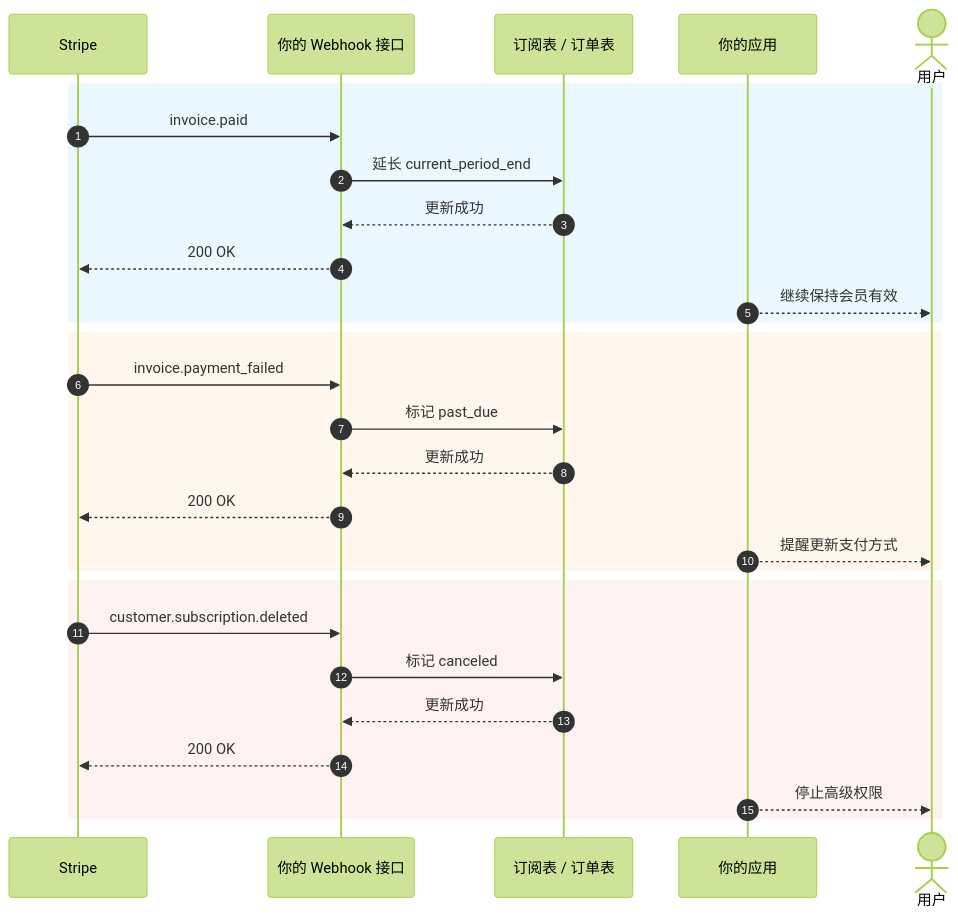
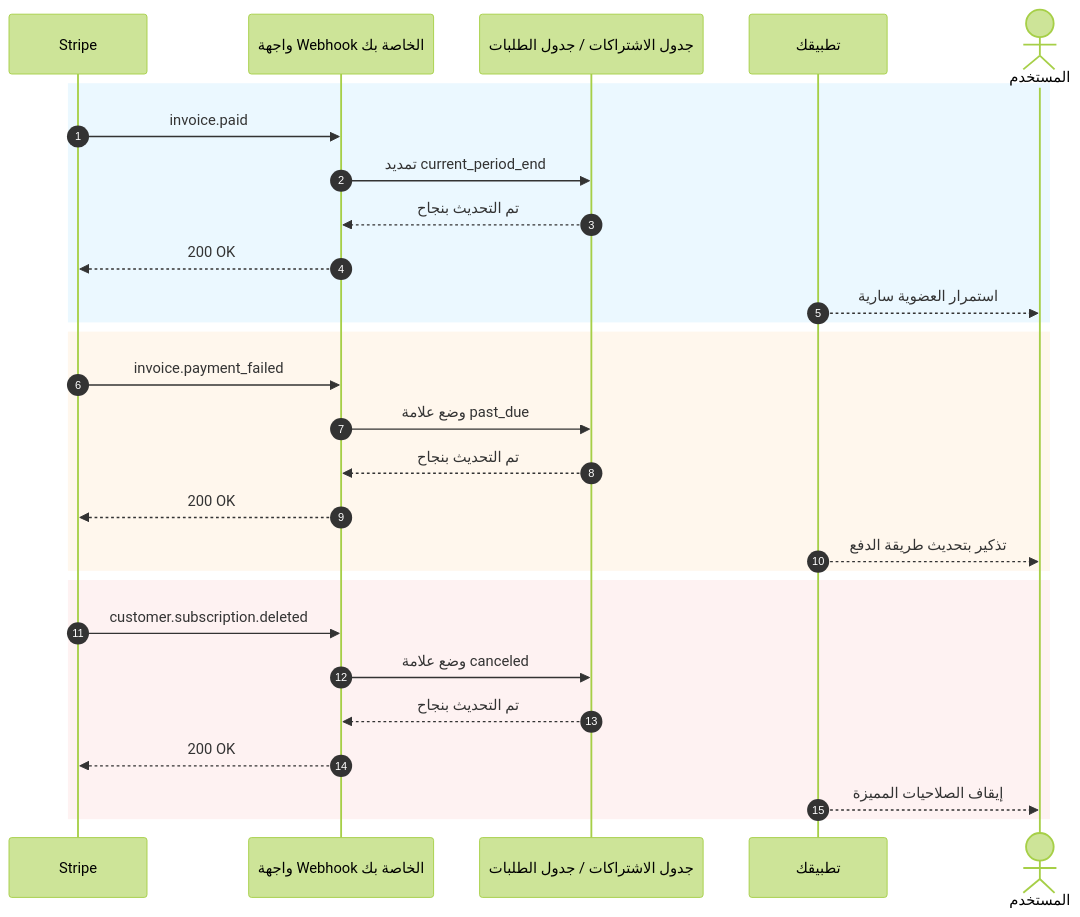
One commit to sketchymonk/easy-vibe changed the sixth of 6 diagrams in docs/ar-sa/stage-2/backend/stripe-payment/index.md. Above: the diagram before and after it, drawn with Mermaid (forest theme). The commit also changed other lines of this file and 59 other files, not shown here.

````diff
--- a/docs/ar-sa/stage-2/backend/stripe-payment/index.md
+++ b/docs/ar-sa/stage-2/backend/stripe-payment/index.md
@@ -692,33 +692,33 @@
 ```mermaid
 sequenceDiagram
   autonumber
   participant Stripe as Stripe
-  participant Webhook as 你的 Webhook 接口
-  participant DB as 订阅表 / 订单表
-  participant App as 你的应用
-  actor User as 用户
+  participant Webhook as واجهة Webhook الخاصة بك
+  participant DB as جدول الاشتراكات / جدول الطلبات
+  participant App as تطبيقك
+  actor User as المستخدم
 
   rect rgb(235, 248, 255)
     Stripe->>Webhook: invoice.paid
-    Webhook->>DB: 延长 current_period_end
-    DB-->>Webhook: 更新成功
+    Webhook->>DB: تمديد current_period_end
+    DB-->>Webhook: تم التحديث بنجاح
     Webhook-->>Stripe: 200 OK
-    App-->>User: 继续保持会员有效
+    App-->>User: استمرار العضوية سارية
   end
 
   rect rgb(255, 247, 237)
     Stripe->>Webhook: invoice.payment_failed
-    Webhook->>DB: 标记 past_due
-    DB-->>Webhook: 更新成功
+    Webhook->>DB: وضع علامة past_due
+    DB-->>Webhook: تم التحديث بنجاح
     Webhook-->>Stripe: 200 OK
-    App-->>User: 提醒更新支付方式
+    App-->>User: تذكير بتحديث طريقة الدفع
   end
 
   rect rgb(254, 242, 242)
     Stripe->>Webhook: customer.subscription.deleted
-    Webhook->>DB: 标记 canceled
-    DB-->>Webhook: 更新成功
+    Webhook->>DB: وضع علامة canceled
+    DB-->>Webhook: تم التحديث بنجاح
     Webhook-->>Stripe: 200 OK
-    App-->>User: 停止高级权限
+    App-->>User: إيقاف الصلاحيات المميزة
   end
 ```
````
